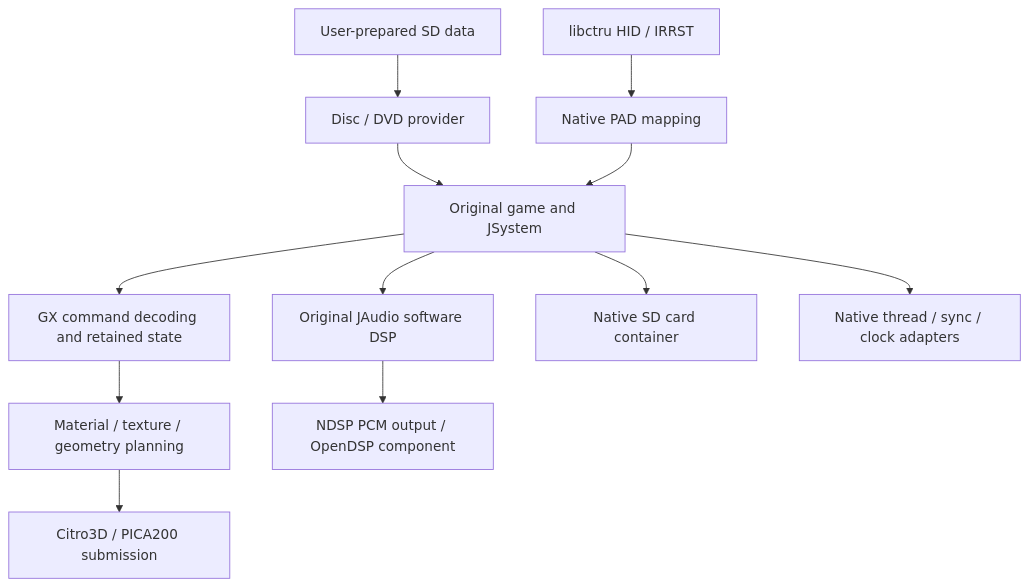
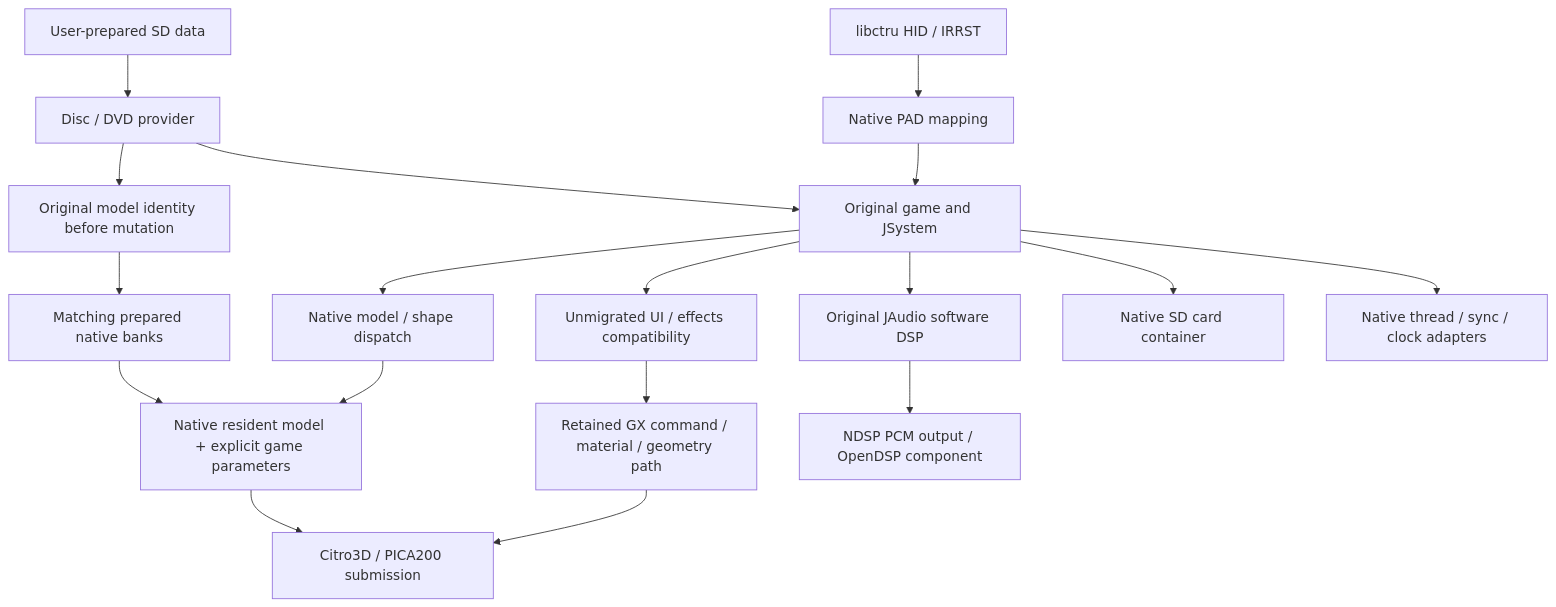
Before and after one commit to EstebanPdN/dusklight-3ds: the diagram in docs/ARCHITECTURE.md, drawn with Mermaid. The commit also changed other lines of this file and 127 other files, not shown here.

First line of the commit message:
Add native PICA renderer checkpoint

````diff
--- a/docs/ARCHITECTURE.md
+++ b/docs/ARCHITECTURE.md
@@ -10,14 +10,20 @@
 ```mermaid
 flowchart TD
     Data["User-prepared SD data"] --> Disc["Disc / DVD provider"]
     Disc --> Engine["Original game and JSystem"]
     Input["libctru HID / IRRST"] --> Pad["Native PAD mapping"]
     Pad --> Engine
-    Engine --> GX["GX command decoding and retained state"]
-    GX --> Plan["Material / texture / geometry planning"]
-    Plan --> PICA["Citro3D / PICA200 submission"]
+    Disc --> Identity["Original model identity before mutation"]
+    Identity --> Banks["Matching prepared native banks"]
+    Engine --> Packets["Native model / shape dispatch"]
+    Banks --> Models["Native resident model + explicit game parameters"]
+    Packets --> Models
+    Models --> PICA["Citro3D / PICA200 submission"]
+    Engine --> Remaining["Unmigrated UI / effects compatibility"]
+    Remaining --> GX["Retained GX command / material / geometry path"]
+    GX --> PICA
     Engine --> DSP["Original JAudio software DSP"]
     DSP --> NDSP["NDSP PCM output / OpenDSP component"]
     Engine --> Card["Native SD card container"]
     Engine --> OS["Native thread / sync / clock adapters"]
 ```
````
